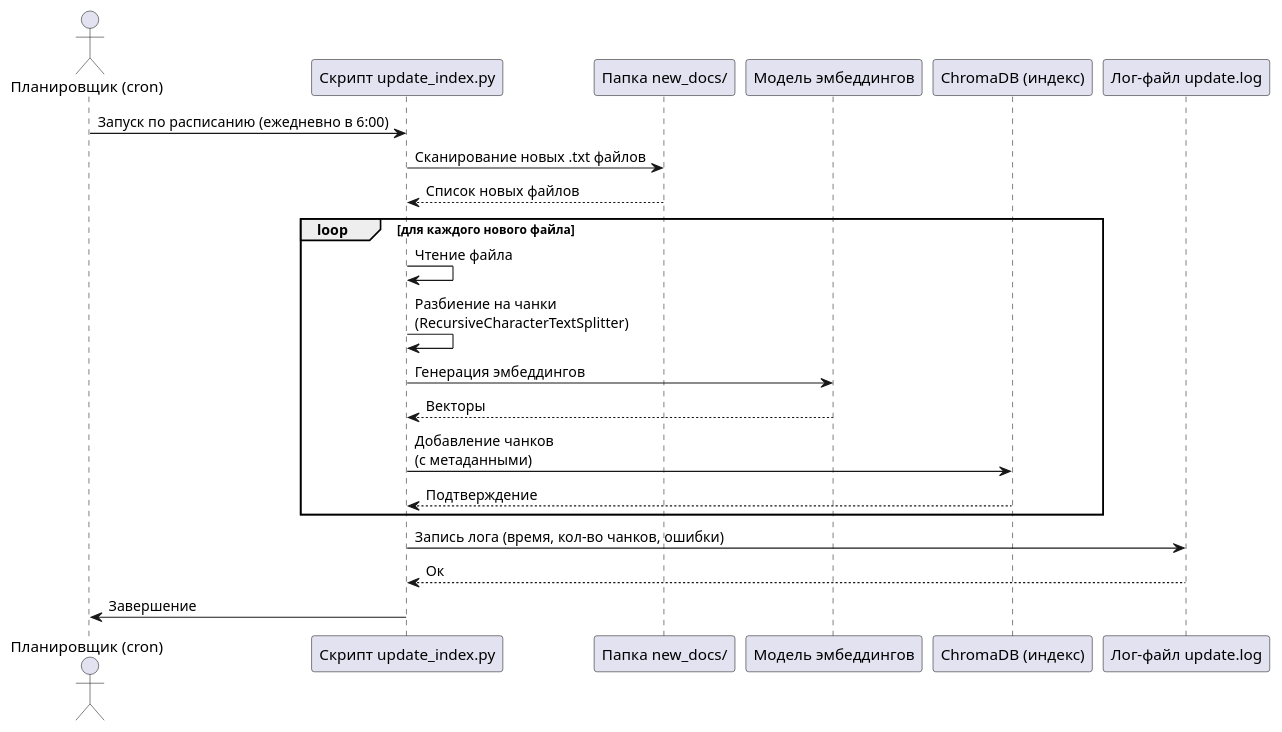
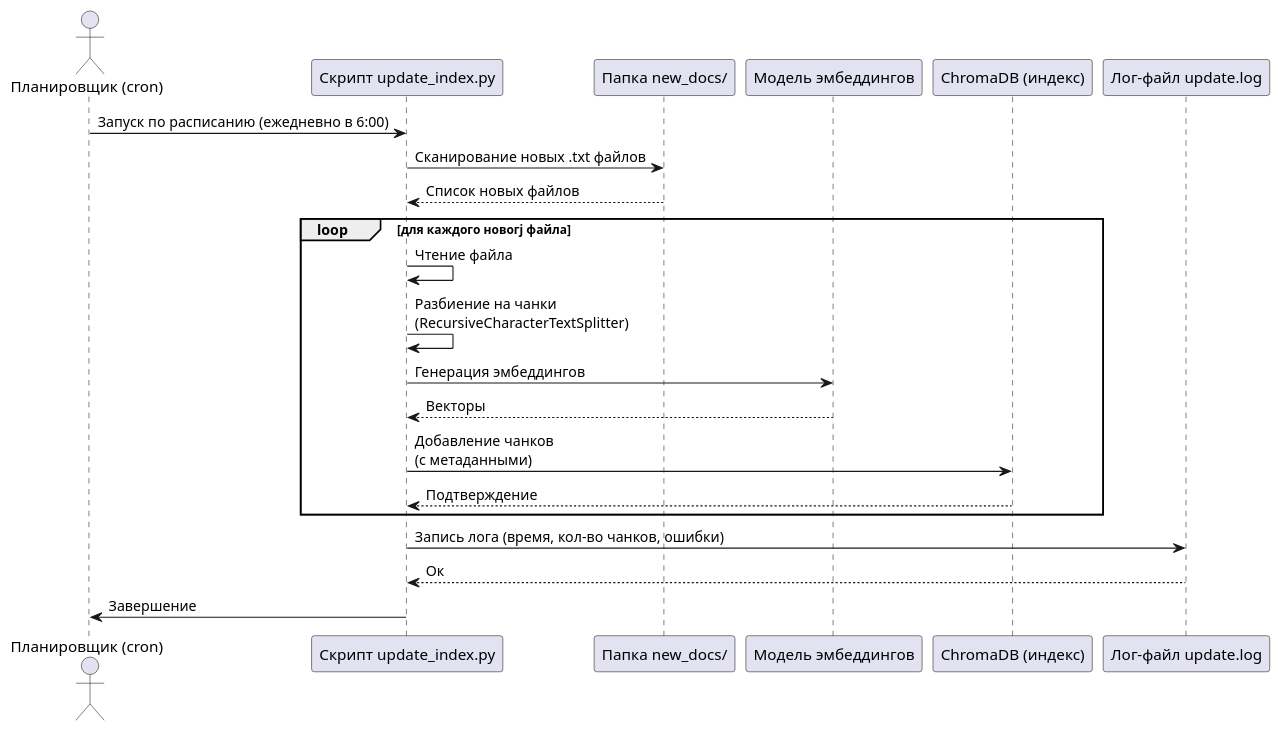
The diagram in Task 6/diagram.puml (doremi4658/RAG_quantumforge_software), drawn with PlantUML before and after one commit. The commit also changed 52 other files, not shown here.

```diff
--- a/Task 6/diagram.puml
+++ b/Task 6/diagram.puml
@@ -1,25 +1,25 @@
 @startuml
 actor "Планировщик (cron)" as Cron
 participant "Скрипт update_index.py" as Script
 participant "Папка new_docs/" as Source
 participant "Модель эмбеддингов" as Model
 participant "ChromaDB (индекс)" as VectorDB
 participant "Лог-файл update.log" as Log
 
 Cron -> Script : Запуск по расписанию (ежедневно в 6:00)
 Script -> Source : Сканирование новых .txt файлов
 Source --> Script : Список новых файлов
 
-loop для каждого нового файла
+loop для каждого новогj файла
     Script -> Script : Чтение файла
     Script -> Script : Разбиение на чанки\n(RecursiveCharacterTextSplitter)
     Script -> Model : Генерация эмбеддингов
     Model --> Script : Векторы
     Script -> VectorDB : Добавление чанков\n(с метаданными)
     VectorDB --> Script : Подтверждение
 end
 
 Script -> Log : Запись лога (время, кол-во чанков, ошибки)
 Log --> Script : Ок
 Script -> Cron : Завершение
 @enduml
```
